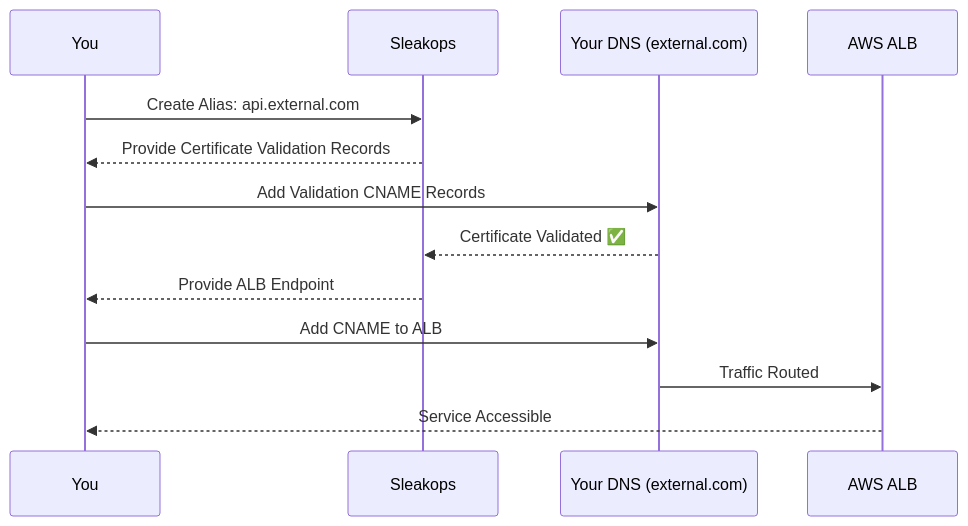
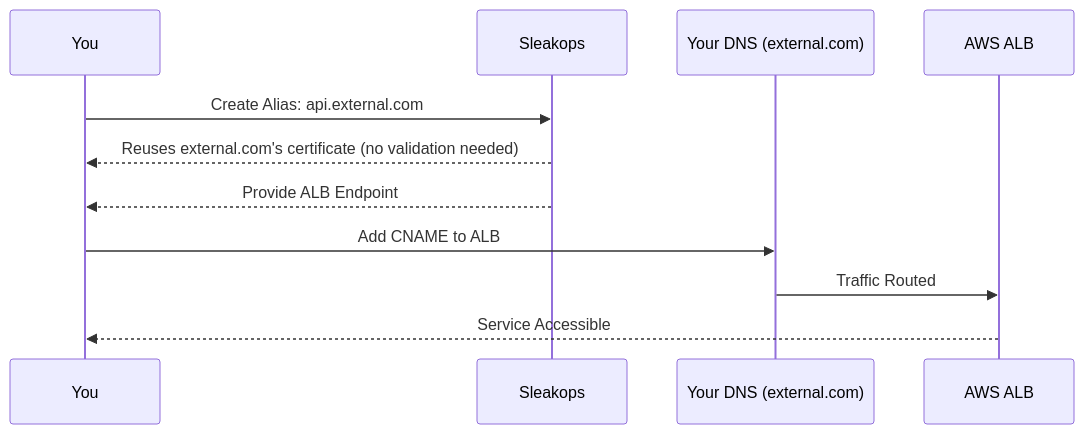
One commit to sleakops/docs changed the sixth of 8 diagrams in content/docs/en/domain/delegation.mdx. Above: the diagram before and after it, drawn with Mermaid. The commit also changed other lines of this file and 111 other files, not shown here.

````diff
--- a/content/docs/en/domain/delegation.mdx
+++ b/content/docs/en/domain/delegation.mdx
@@ -223,16 +223,14 @@
 ```mermaid
 sequenceDiagram
     participant U as You
     participant S as Sleakops
     participant DNS as Your DNS (external.com)
     participant ALB as AWS ALB
     
     U->>S: Create Alias: api.external.com
-    S-->>U: Provide Certificate Validation Records
-    U->>DNS: Add Validation CNAME Records
-    DNS-->>S: Certificate Validated ✅
+    S-->>U: Reuses external.com's certificate (no validation needed)
     S-->>U: Provide ALB Endpoint
     U->>DNS: Add CNAME to ALB
     DNS->>ALB: Traffic Routed
     ALB-->>U: Service Accessible
 ```
````
